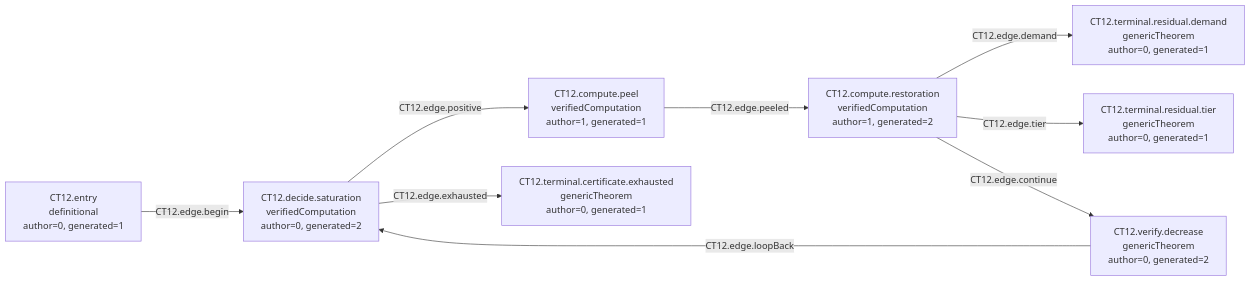
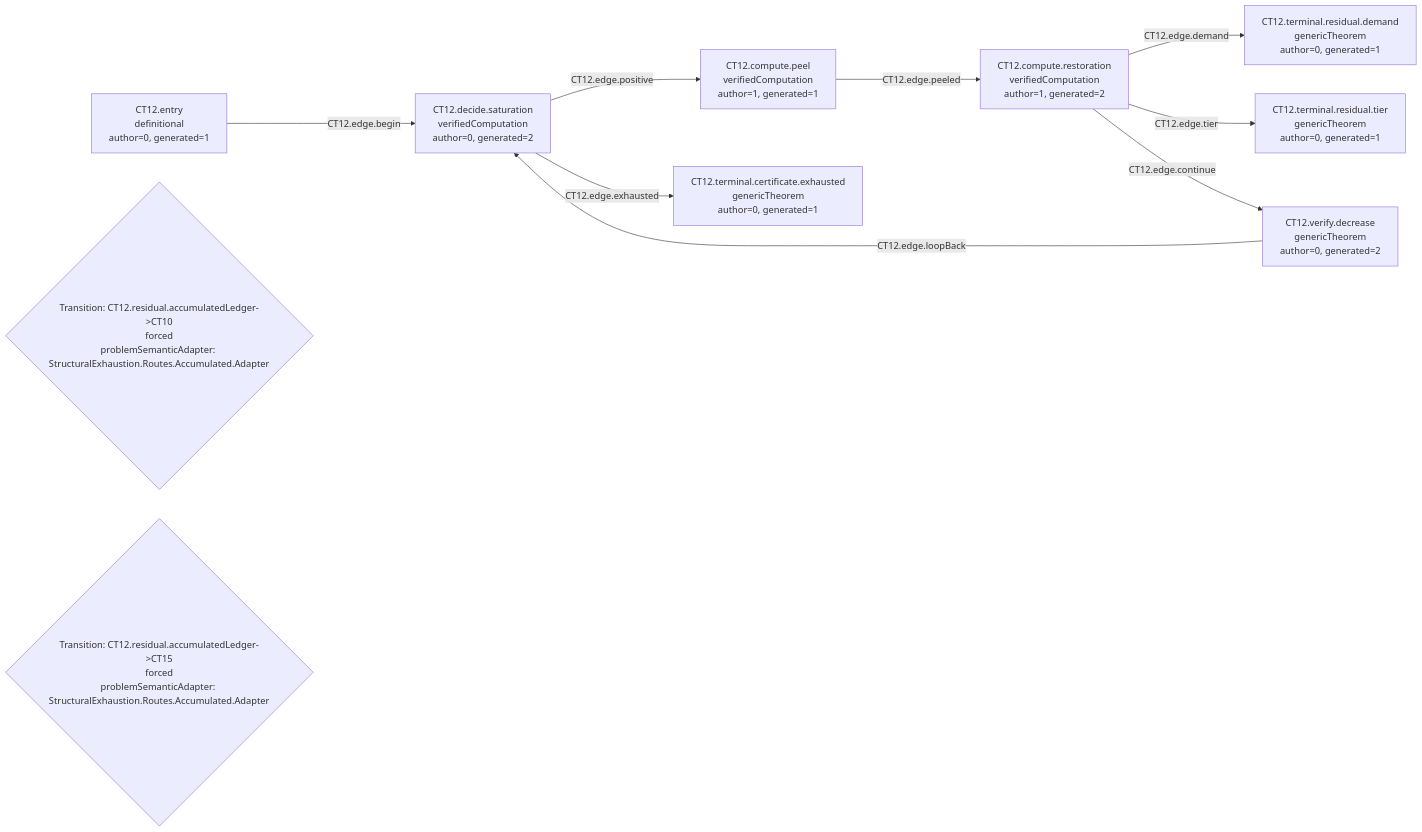
One commit to Guillemdb/structural_exhaustion changed the diagram in generated/mermaid/CT12.mmd. Above: the diagram before and after it, drawn with Mermaid. The commit also changed 189 other files, not shown here.

```diff
--- a/generated/mermaid/CT12.mmd
+++ b/generated/mermaid/CT12.mmd
@@ -1,17 +1,19 @@
 flowchart LR
   N1["CT12.entry<br/>definitional<br/>author=0, generated=1"]
   N2["CT12.decide.saturation<br/>verifiedComputation<br/>author=0, generated=2"]
   N3["CT12.compute.peel<br/>verifiedComputation<br/>author=1, generated=1"]
   N4["CT12.compute.restoration<br/>verifiedComputation<br/>author=1, generated=2"]
   N5["CT12.verify.decrease<br/>genericTheorem<br/>author=0, generated=2"]
   N6["CT12.terminal.certificate.exhausted<br/>genericTheorem<br/>author=0, generated=1"]
   N7["CT12.terminal.residual.demand<br/>genericTheorem<br/>author=0, generated=1"]
   N8["CT12.terminal.residual.tier<br/>genericTheorem<br/>author=0, generated=1"]
   N1 -->|CT12.edge.begin| N2
   N2 -->|CT12.edge.exhausted| N6
   N2 -->|CT12.edge.positive| N3
   N3 -->|CT12.edge.peeled| N4
   N4 -->|CT12.edge.demand| N7
   N4 -->|CT12.edge.tier| N8
   N4 -->|CT12.edge.continue| N5
   N5 -->|CT12.edge.loopBack| N2
+  P1{"Transition: CT12.residual.accumulatedLedger->CT10<br/>forced<br/>problemSemanticAdapter: StructuralExhaustion.Routes.Accumulated.Adapter"}
+  P2{"Transition: CT12.residual.accumulatedLedger->CT15<br/>forced<br/>problemSemanticAdapter: StructuralExhaustion.Routes.Accumulated.Adapter"}
```
